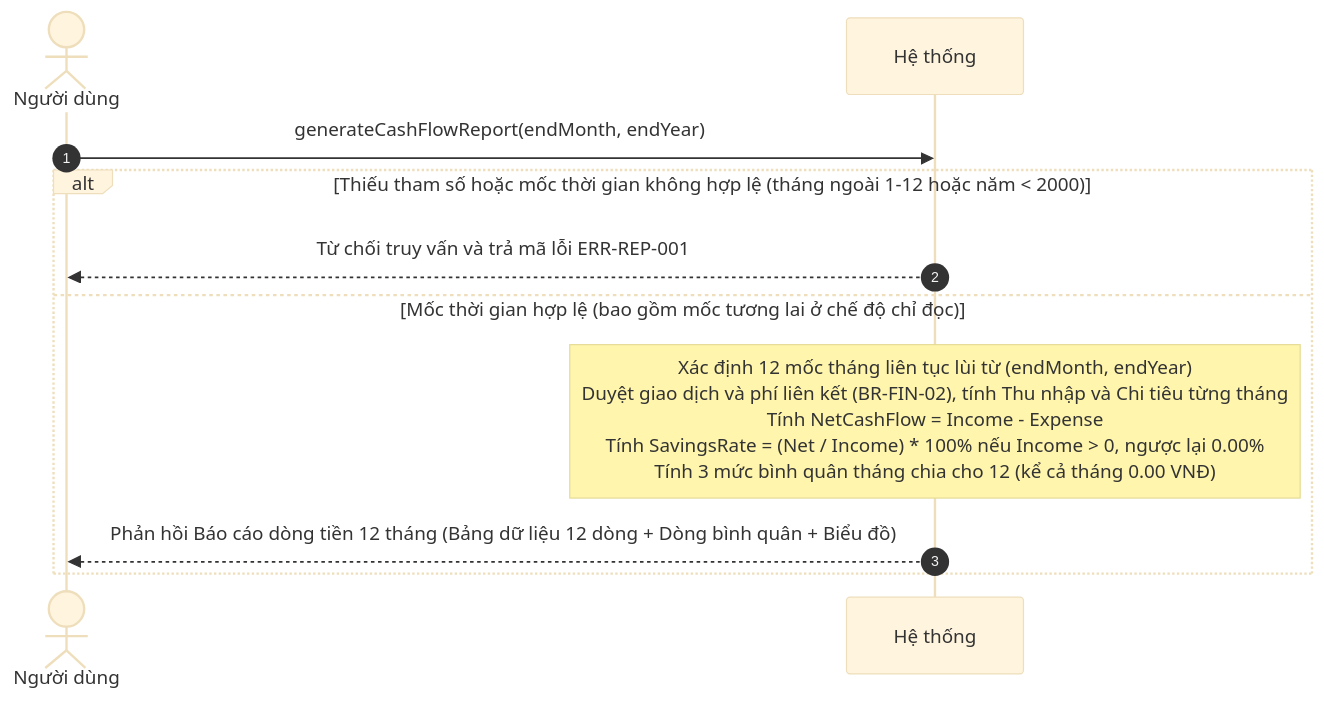
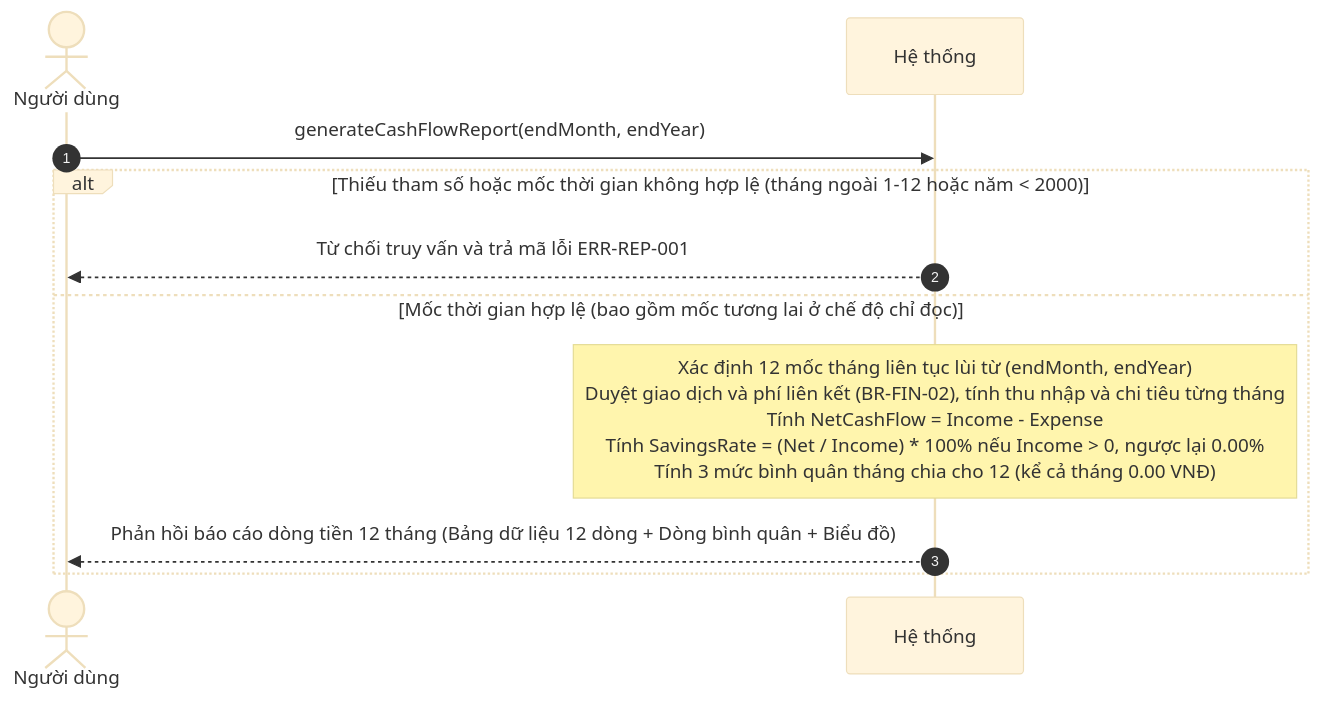
One commit to mynhleeh/pfms-oop changed diagram 16 of 20 in docs/object-oriented-analysis/03-so-do-tuan-tu-he-thong-ssd.md. Above: the diagram before and after it, drawn with Mermaid (base theme). The commit also changed other lines of this file and 7 other files, not shown here.

````diff
--- a/docs/object-oriented-analysis/03-so-do-tuan-tu-he-thong-ssd.md
+++ b/docs/object-oriented-analysis/03-so-do-tuan-tu-he-thong-ssd.md
@@ -633,14 +629,14 @@
 ```mermaid
 sequenceDiagram
     autonumber
     actor User as Người dùng
     participant System as Hệ thống
 
     User->>System: generateCashFlowReport(endMonth, endYear)
     alt Thiếu tham số hoặc mốc thời gian không hợp lệ (tháng ngoài 1-12 hoặc năm < 2000)
         System-->>User: Từ chối truy vấn và trả mã lỗi ERR-REP-001
     else Mốc thời gian hợp lệ (bao gồm mốc tương lai ở chế độ chỉ đọc)
-        Note over System: Xác định 12 mốc tháng liên tục lùi từ (endMonth, endYear)<br/>Duyệt giao dịch và phí liên kết (BR-FIN-02), tính Thu nhập và Chi tiêu từng tháng<br/>Tính NetCashFlow = Income - Expense<br/>Tính SavingsRate = (Net / Income) * 100% nếu Income > 0, ngược lại 0.00%<br/>Tính 3 mức bình quân tháng chia cho 12 (kể cả tháng 0.00 VNĐ)
-        System-->>User: Phản hồi Báo cáo dòng tiền 12 tháng (Bảng dữ liệu 12 dòng + Dòng bình quân + Biểu đồ)
+        Note over System: Xác định 12 mốc tháng liên tục lùi từ (endMonth, endYear)<br/>Duyệt giao dịch và phí liên kết (BR-FIN-02), tính thu nhập và chi tiêu từng tháng<br/>Tính NetCashFlow = Income - Expense<br/>Tính SavingsRate = (Net / Income) * 100% nếu Income > 0, ngược lại 0.00%<br/>Tính 3 mức bình quân tháng chia cho 12 (kể cả tháng 0.00 VNĐ)
+        System-->>User: Phản hồi báo cáo dòng tiền 12 tháng (Bảng dữ liệu 12 dòng + Dòng bình quân + Biểu đồ)
     end
 ```
````
